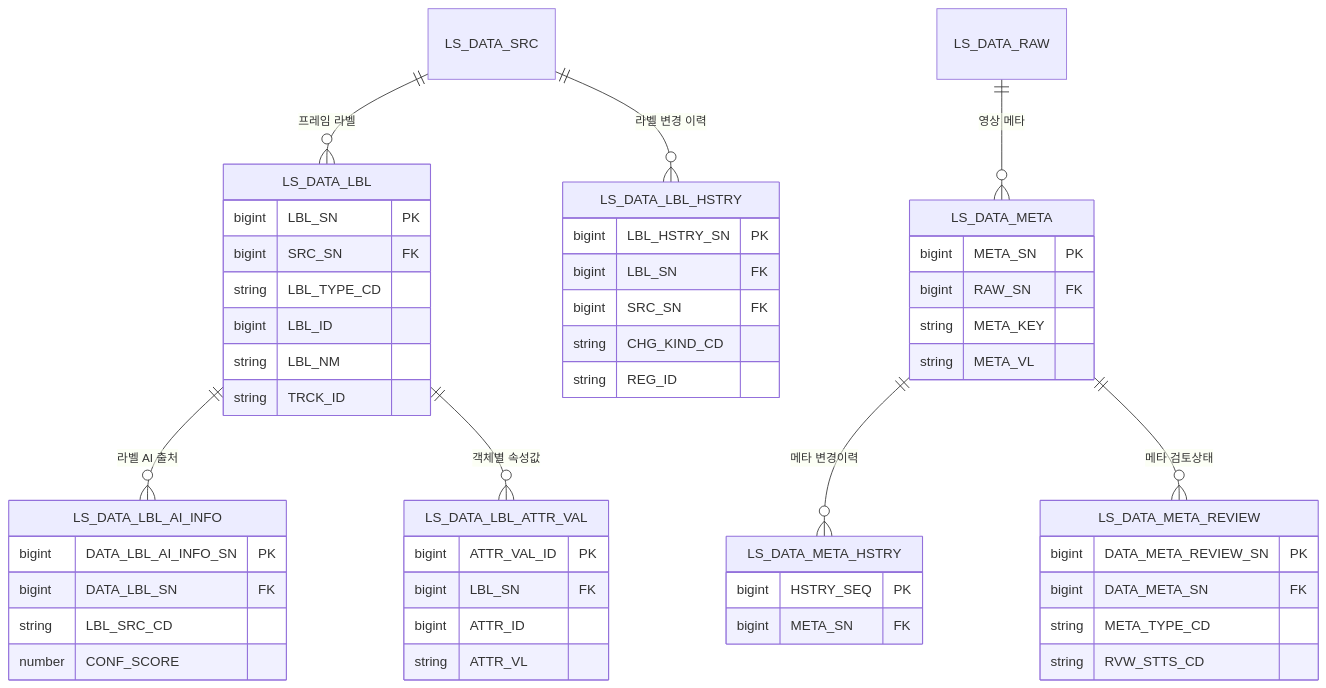
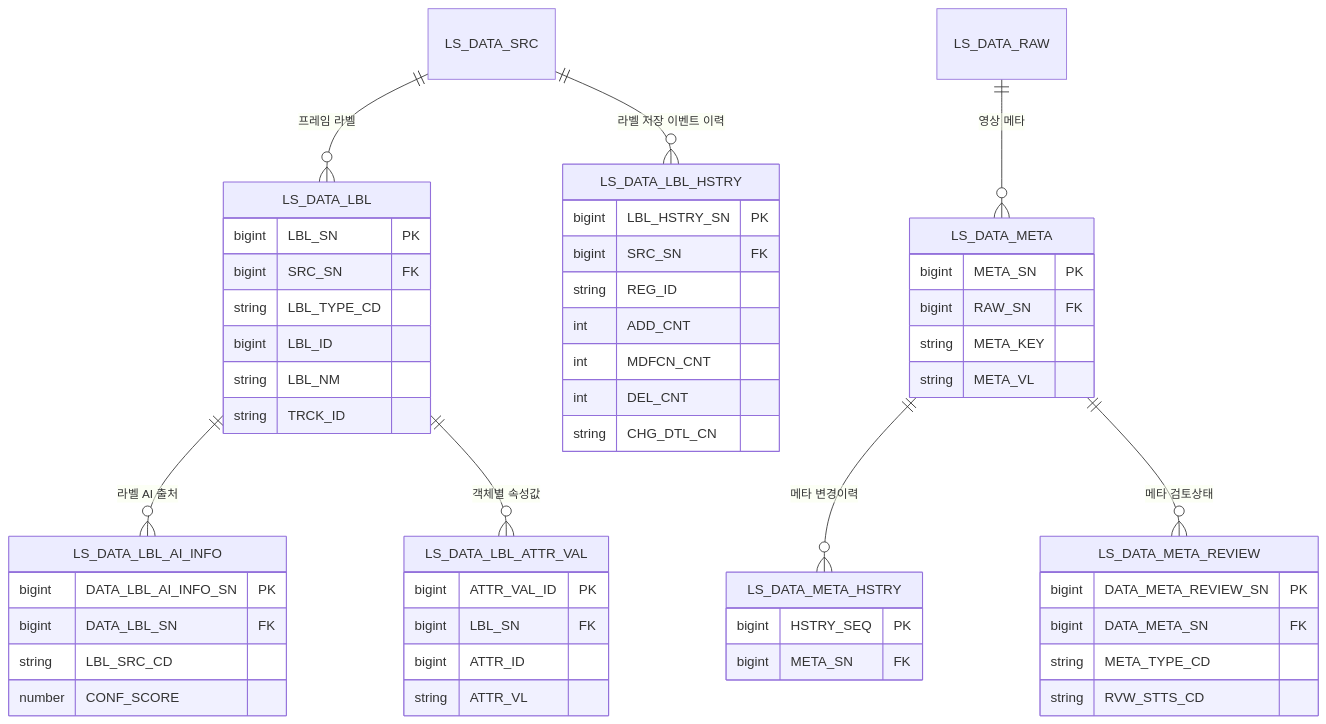
One commit to New-stella/klid-label changed the second of 16 diagrams in docs/design-full/D8-엔티티관계모형설계서.md. Above: the diagram before and after it, drawn with Mermaid. The commit also changed other lines of this file and 36 other files, not shown here.

````diff
--- a/docs/design-full/D8-엔티티관계모형설계서.md
+++ b/docs/design-full/D8-엔티티관계모형설계서.md
@@ -96,53 +97,55 @@
 ```mermaid
 erDiagram
     LS_DATA_SRC ||--o{ LS_DATA_LBL : "프레임 라벨"
     LS_DATA_LBL ||--o{ LS_DATA_LBL_AI_INFO : "라벨 AI 출처"
     LS_DATA_LBL ||--o{ LS_DATA_LBL_ATTR_VAL : "객체별 속성값"
     LS_DATA_RAW ||--o{ LS_DATA_META : "영상 메타"
     LS_DATA_META ||--o{ LS_DATA_META_HSTRY : "메타 변경이력"
     LS_DATA_META ||--o{ LS_DATA_META_REVIEW : "메타 검토상태"
-    LS_DATA_SRC ||--o{ LS_DATA_LBL_HSTRY : "라벨 변경 이력"
+    LS_DATA_SRC ||--o{ LS_DATA_LBL_HSTRY : "라벨 저장 이벤트 이력"
     LS_DATA_LBL {
         bigint LBL_SN PK
         bigint SRC_SN FK
         string LBL_TYPE_CD
         bigint LBL_ID
         string LBL_NM
         string TRCK_ID
     }
     LS_DATA_LBL_AI_INFO {
         bigint DATA_LBL_AI_INFO_SN PK
         bigint DATA_LBL_SN FK
         string LBL_SRC_CD
         number CONF_SCORE
     }
     LS_DATA_LBL_ATTR_VAL {
         bigint ATTR_VAL_ID PK
         bigint LBL_SN FK
         bigint ATTR_ID
         string ATTR_VL
     }
     LS_DATA_META {
         bigint META_SN PK
         bigint RAW_SN FK
         string META_KEY
         string META_VL
     }
     LS_DATA_META_HSTRY {
         bigint HSTRY_SEQ PK
         bigint META_SN FK
     }
     LS_DATA_META_REVIEW {
         bigint DATA_META_REVIEW_SN PK
         bigint DATA_META_SN FK
         string META_TYPE_CD
         string RVW_STTS_CD
     }
     LS_DATA_LBL_HSTRY {
         bigint LBL_HSTRY_SN PK
-        bigint LBL_SN FK
         bigint SRC_SN FK
-        string CHG_KIND_CD
         string REG_ID
+        int ADD_CNT
+        int MDFCN_CNT
+        int DEL_CNT
+        string CHG_DTL_CN
     }
 ```
````
